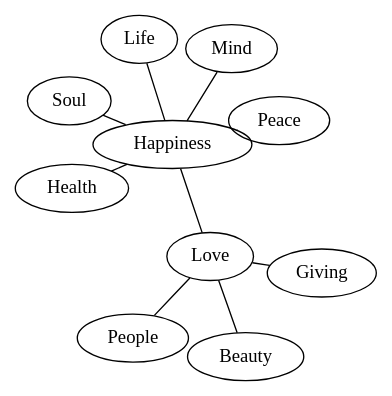
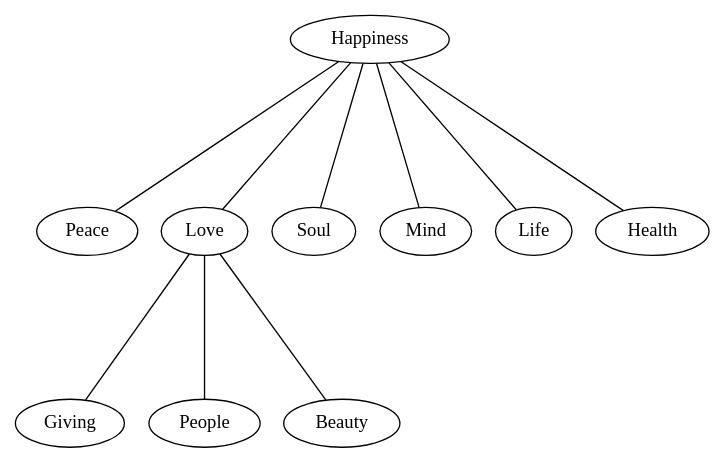
The tenth of 13 diagrams in other/graphviz.md (sisyphus1212/note), drawn with Graphviz before and after one commit.

Commit message:
auto_update

````diff
--- a/other/graphviz.md
+++ b/other/graphviz.md
@@ -128,18 +128,18 @@
 ```graphviz
 graph graph_name{
-    layout=neato; graph [ranksep=1.5];
+    layout=dot; graph [ranksep=1.5];
 	Happiness -- {
 		Peace
 		Love
 		Soul
 		Mind
 		Life
 		Health
 	}
     Love -- {
 		Giving
 		People
 		Beauty
 	}
 }
 ```
````
